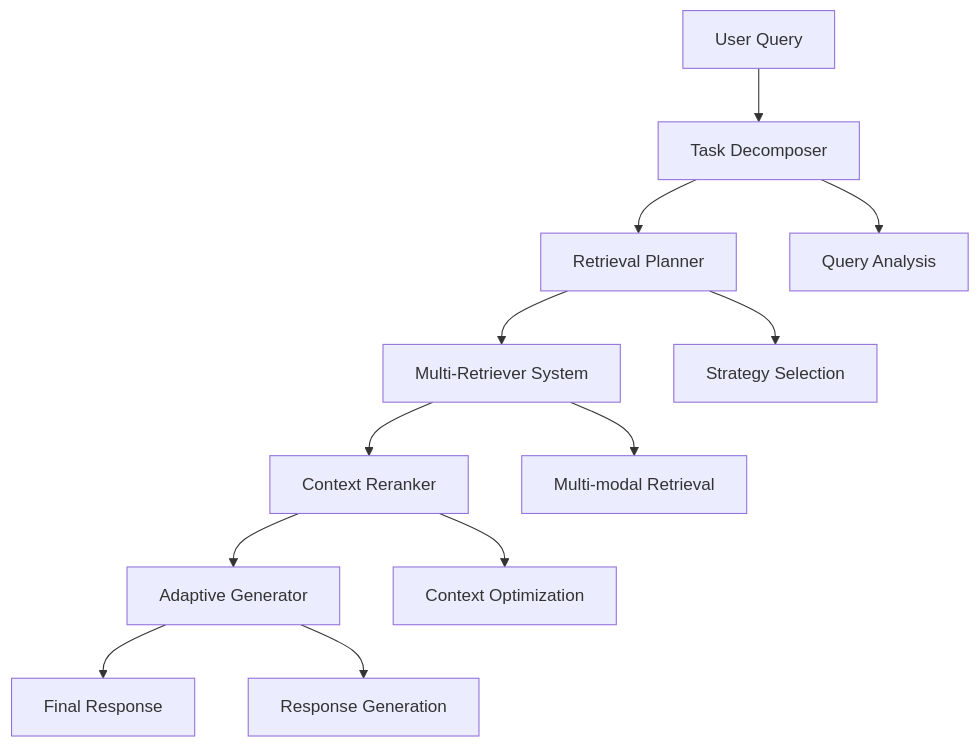
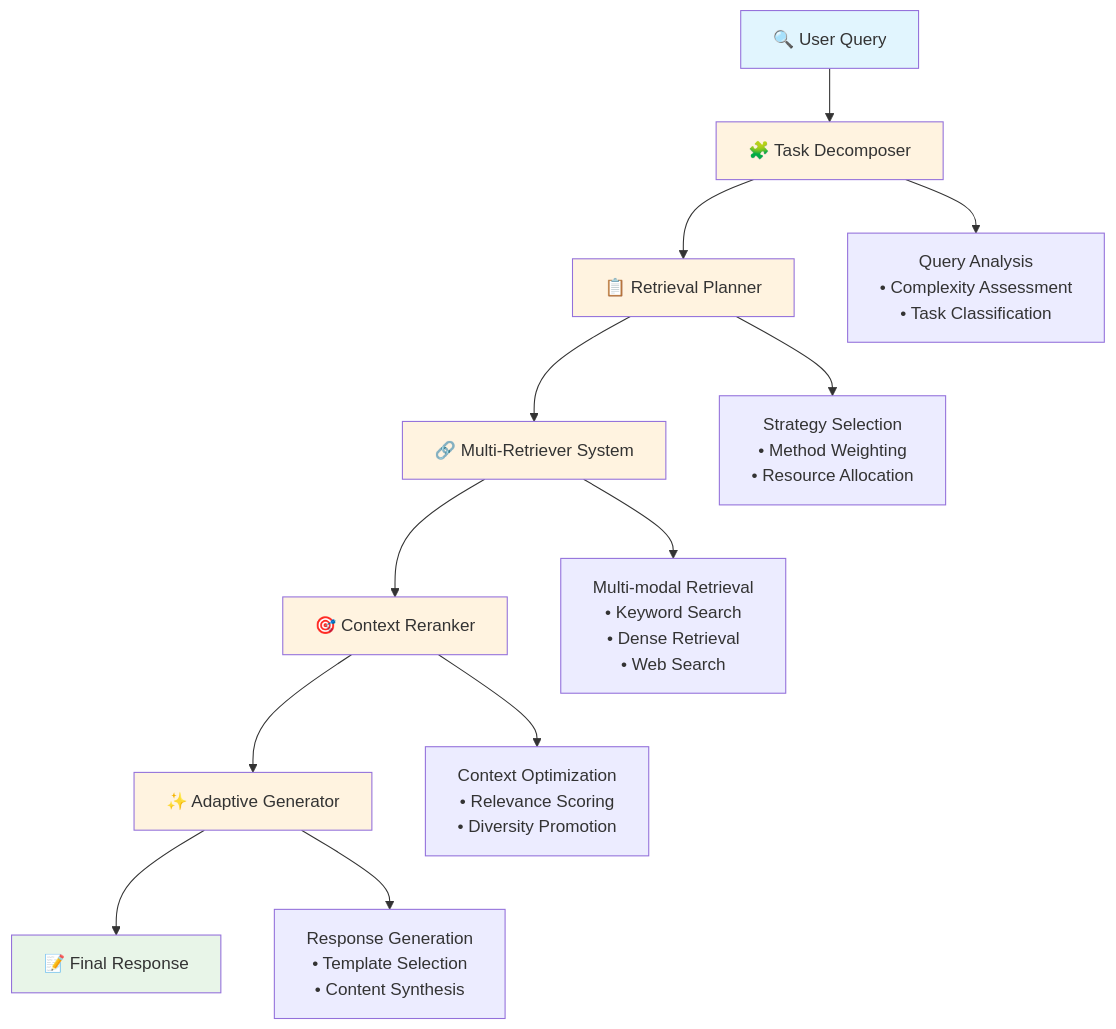
The first of 2 diagrams in docs/architecture.md (Rito-w/adaptiverag), drawn with Mermaid before and after one commit. The commit also changed other lines of this file and 3 other files, not shown here.

First line of the commit message:
feat: add Mermaid diagram support to Docsify documentation

````diff
--- a/docs/architecture.md
+++ b/docs/architecture.md
@@ -15,15 +15,23 @@
 ```mermaid
-graph TD
-    A[User Query] --> B[Task Decomposer]
-    B --> C[Retrieval Planner]
-    C --> D[Multi-Retriever System]
-    D --> E[Context Reranker]
-    E --> F[Adaptive Generator]
-    F --> G[Final Response]
-    
-    B --> H[Query Analysis]
-    C --> I[Strategy Selection]
-    D --> J[Multi-modal Retrieval]
-    E --> K[Context Optimization]
-    F --> L[Response Generation]
+flowchart TD
+    A[🔍 User Query] --> B[🧩 Task Decomposer]
+    B --> C[📋 Retrieval Planner]
+    C --> D[🔗 Multi-Retriever System]
+    D --> E[🎯 Context Reranker]
+    E --> F[✨ Adaptive Generator]
+    F --> G[📝 Final Response]
+
+    B --> H[Query Analysis<br/>• Complexity Assessment<br/>• Task Classification]
+    C --> I[Strategy Selection<br/>• Method Weighting<br/>• Resource Allocation]
+    D --> J[Multi-modal Retrieval<br/>• Keyword Search<br/>• Dense Retrieval<br/>• Web Search]
+    E --> K[Context Optimization<br/>• Relevance Scoring<br/>• Diversity Promotion]
+    F --> L[Response Generation<br/>• Template Selection<br/>• Content Synthesis]
+
+    style A fill:#e1f5fe
+    style G fill:#e8f5e8
+    style B fill:#fff3e0
+    style C fill:#fff3e0
+    style D fill:#fff3e0
+    style E fill:#fff3e0
+    style F fill:#fff3e0
 ```
````
